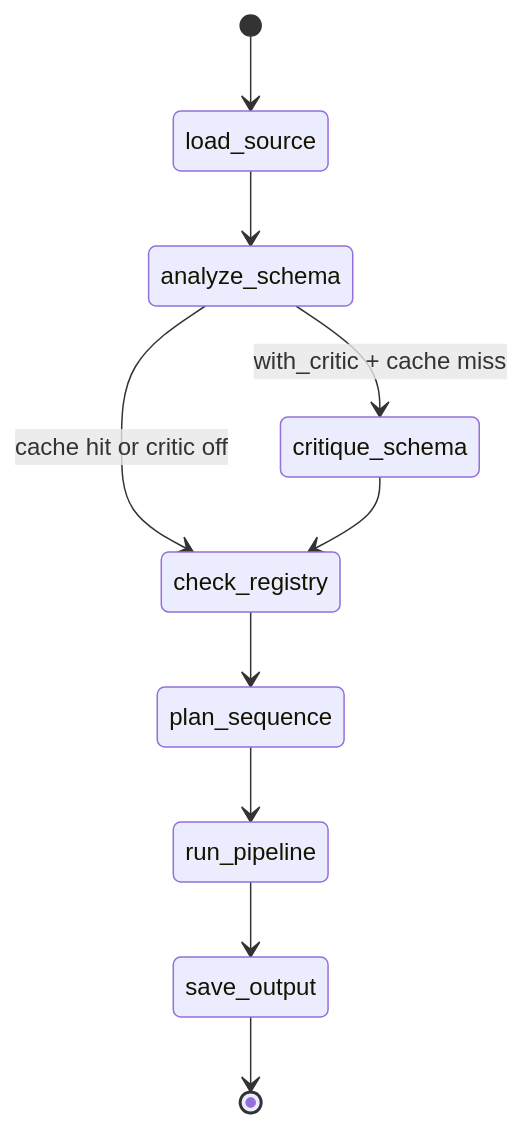
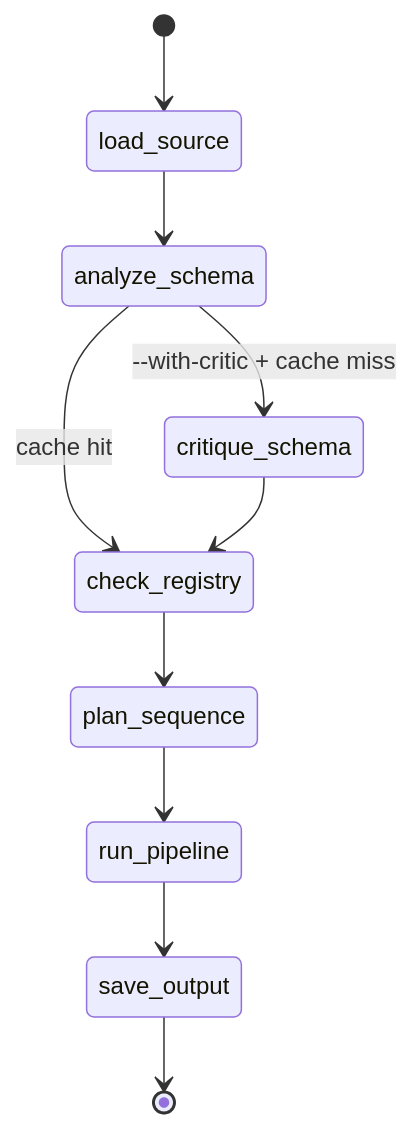
The second of 2 diagrams in README.md (BhavyaLikhitha/Marketplace-Intelligence-Platform), drawn with Mermaid before and after one commit. The commit also changed other lines of this file, not shown here.

````diff
--- a/README.md
+++ b/README.md
@@ -65,12 +36,12 @@
 ```mermaid
 stateDiagram-v2
     [*] --> load_source
     load_source --> analyze_schema
-    analyze_schema --> critique_schema: with_critic + cache miss
-    analyze_schema --> check_registry: cache hit or critic off
+    analyze_schema --> critique_schema : --with-critic + cache miss
+    analyze_schema --> check_registry : cache hit
     critique_schema --> check_registry
     check_registry --> plan_sequence
     plan_sequence --> run_pipeline
     run_pipeline --> save_output
     save_output --> [*]
 ```
````
